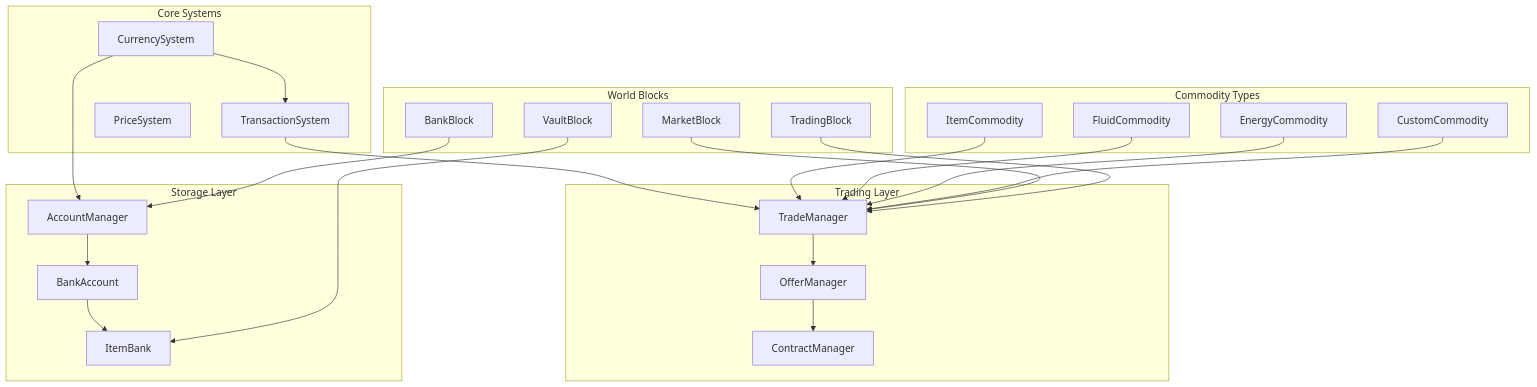
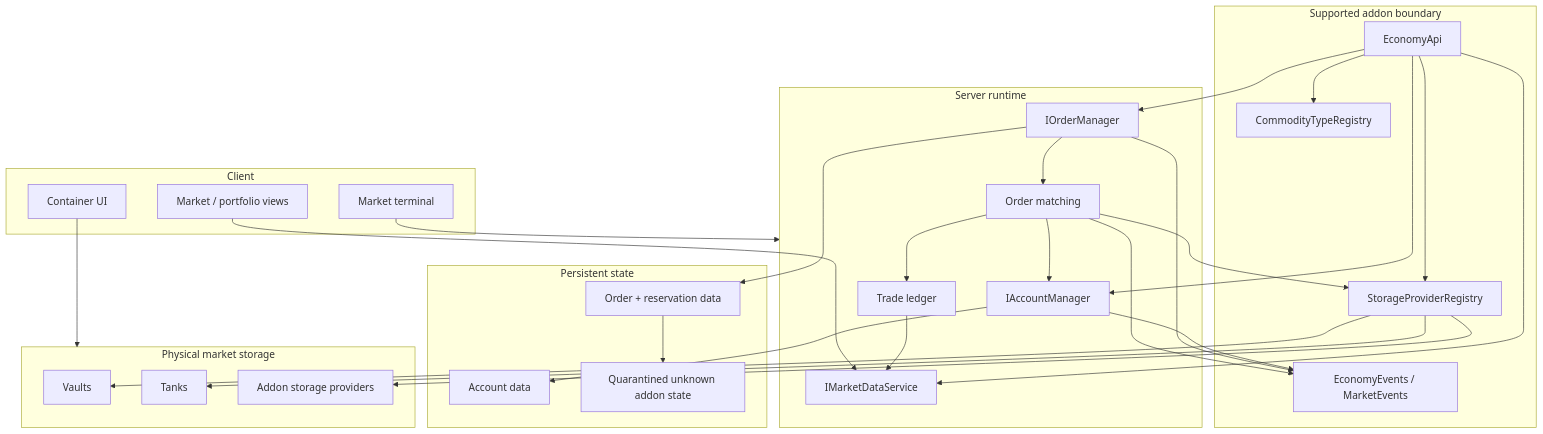
One commit to UpperMoon0/Economy changed the diagram in plans/economy-system-design.md. Above: the diagram before and after it, drawn with Mermaid. The commit also changed other lines of this file, not shown here.

Commit message:
Replace stale economy design plan with current architecture

````diff
--- a/plans/economy-system-design.md
+++ b/plans/economy-system-design.md
@@ -8,53 +33,58 @@
 ```mermaid
 graph TB
-    subgraph Core[Core Systems]
-        CS[CurrencySystem]
-        TS[TransactionSystem]
-        PS[PriceSystem]
+    subgraph Addons[Supported addon boundary]
+        EA[EconomyApi]
+        EV[EconomyEvents / MarketEvents]
+        CT[CommodityTypeRegistry]
+        SP[StorageProviderRegistry]
     end
 
-    subgraph Trading[Trading Layer]
-        TM[TradeManager]
-        OM[OfferManager]
-        CM[ContractManager]
+    subgraph Runtime[Server runtime]
+        AM[IAccountManager]
+        OM[IOrderManager]
+        MD[IMarketDataService]
+        MATCH[Order matching]
+        LEDGER[Trade ledger]
     end
 
-    subgraph Commodities[Commodity Types]
-        IC[ItemCommodity]
-        FC[FluidCommodity]
-        EC[EnergyCommodity]
-        CC[CustomCommodity]
+    subgraph Persistence[Persistent state]
+        ACC[Account data]
+        ORD[Order + reservation data]
+        QUAR[Quarantined unknown addon state]
     end
 
-    subgraph Storage[Storage Layer]
-        AM[AccountManager]
-        BA[BankAccount]
-        IB[ItemBank]
+    subgraph Storage[Physical market storage]
+        VAULT[Vaults]
+        TANK[Tanks]
+        ADDON[Addon storage providers]
     end
 
-    subgraph Blocks[World Blocks]
-        MB[MarketBlock]
-        TB[TradingBlock]
-        BB[BankBlock]
-        VB[VaultBlock]
+    subgraph Client[Client]
+        TERM[Market terminal]
+        CONTAINERS[Container UI]
+        CHARTS[Market / portfolio views]
     end
 
-    CS --> TS
-    TS --> TM
-    TM --> OM
-    OM --> CM
-    
-    IC --> TM
-    FC --> TM
-    EC --> TM
-    CC --> TM
-    
-    CS --> AM
-    AM --> BA
-    BA --> IB
-    
-    MB --> TM
-    TB --> TM
-    BB --> AM
-    VB --> IB
+    EA --> AM
+    EA --> OM
+    EA --> MD
+    EA --> CT
+    EA --> SP
+    OM --> MATCH
+    MATCH --> AM
+    MATCH --> SP
+    MATCH --> LEDGER
+    AM --> ACC
+    OM --> ORD
+    ORD --> QUAR
+    SP --> VAULT
+    SP --> TANK
+    SP --> ADDON
+    LEDGER --> MD
+    AM --> EV
+    OM --> EV
+    MATCH --> EV
+    TERM --> Runtime
+    CONTAINERS --> Storage
+    CHARTS --> MD
 ```
````
